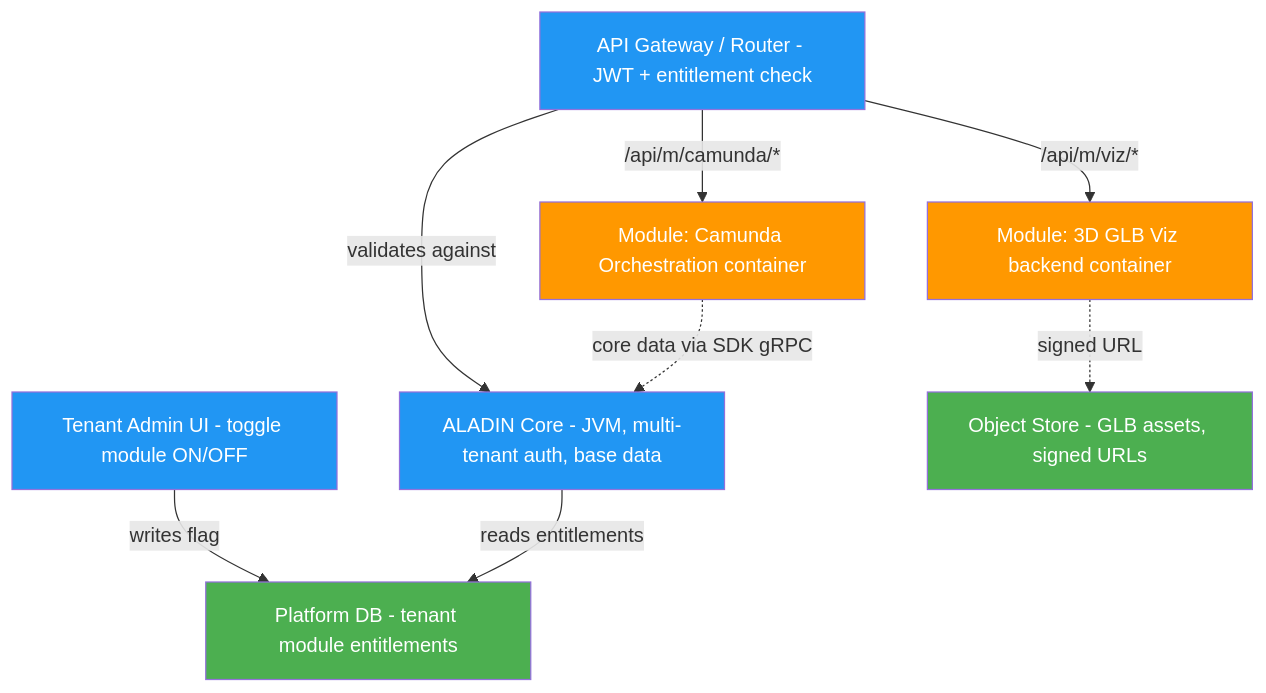
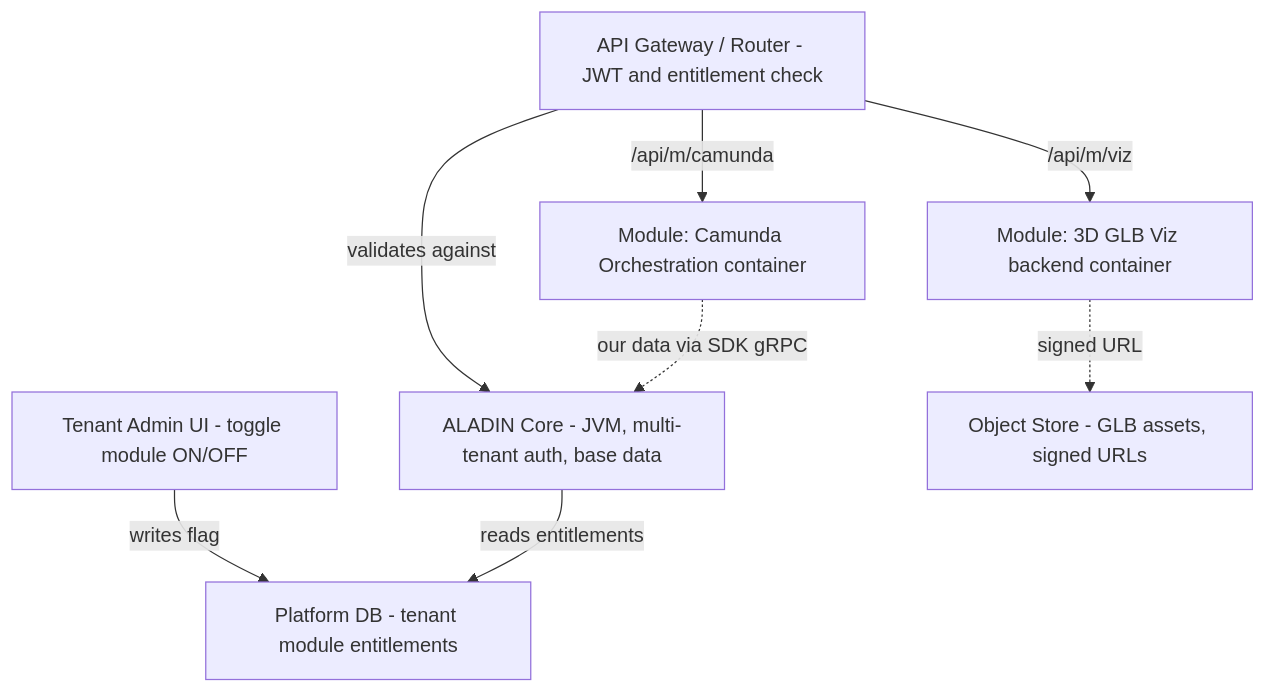
One commit to Katty-Fashion/kf-cpto changed the second of 3 diagrams in docs/governance.md. Above: the diagram before and after it, drawn with Mermaid. The commit also changed other lines of this file and 1 other file, not shown here.

First line of the commit message:
style(governance): render pills as badges, forest-native rounded diagrams, first-person voice

````diff
--- a/docs/governance.md
+++ b/docs/governance.md
@@ -83,25 +78,18 @@
 ```mermaid
 graph TD
     Admin["Tenant Admin UI - toggle module ON/OFF"]
     DB["Platform DB - tenant module entitlements"]
     Core["ALADIN Core - JVM, multi-tenant auth, base data"]
-    GW["API Gateway / Router - JWT + entitlement check"]
+    GW["API Gateway / Router - JWT and entitlement check"]
     Camunda["Module: Camunda Orchestration container"]
     Viz["Module: 3D GLB Viz backend container"]
     Store["Object Store - GLB assets, signed URLs"]
 
     Admin -->|"writes flag"| DB
     Core -->|"reads entitlements"| DB
     GW -->|"validates against"| Core
-    GW -->|"/api/m/camunda/*"| Camunda
-    GW -->|"/api/m/viz/*"| Viz
-    Camunda -.->|"core data via SDK gRPC"| Core
+    GW -->|"/api/m/camunda"| Camunda
+    GW -->|"/api/m/viz"| Viz
+    Camunda -.->|"our data via SDK gRPC"| Core
     Viz -.->|"signed URL"| Store
-
-    classDef core fill:#2196F3,color:#fff
-    classDef mod fill:#FF9800,color:#fff
-    classDef data fill:#4CAF50,color:#fff
-    class Core,GW,Admin core
-    class Camunda,Viz mod
-    class DB,Store data
 ```
````
